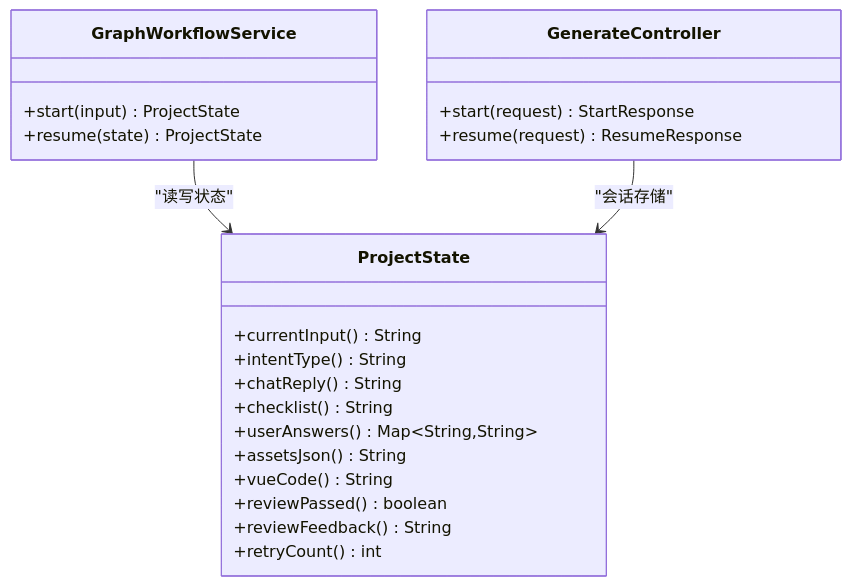
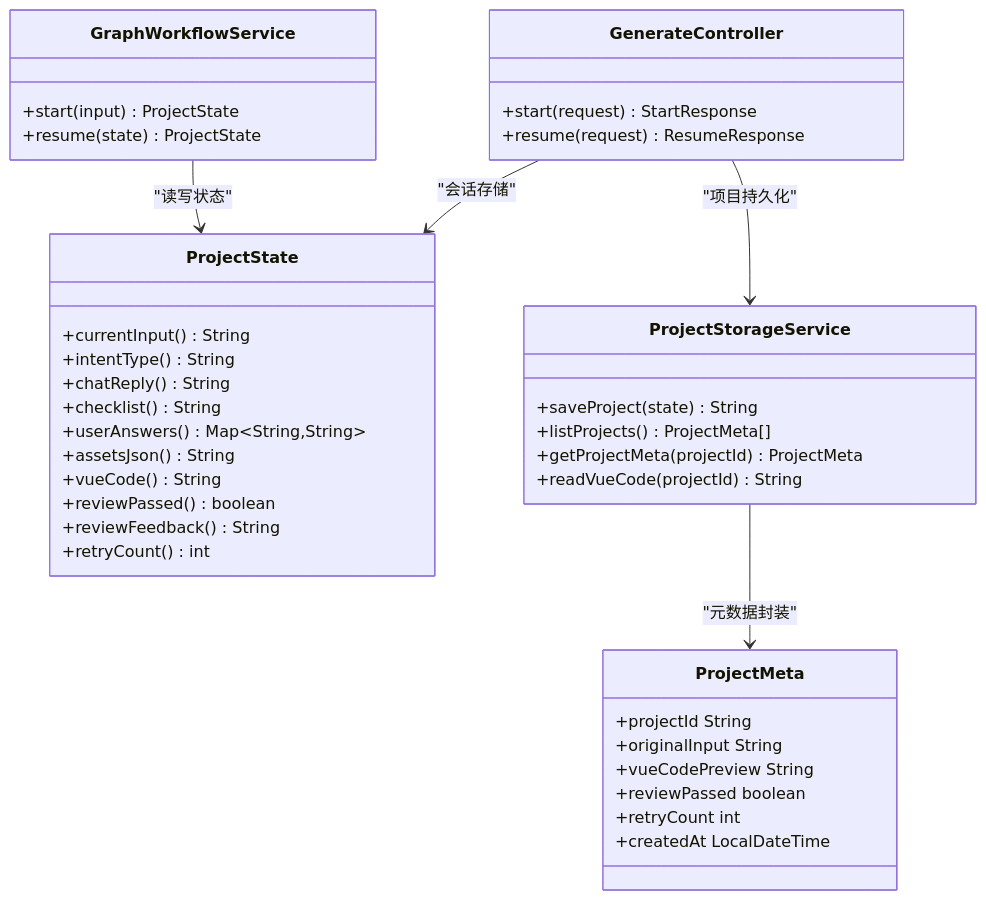
The third of 6 diagrams in .qoder/repowiki/zh/content/AI工作流系统/AI工作流系统.md (CyanYuKi/WebSiteFrontendCodeMother), drawn with Mermaid before and after one commit. The commit also changed other lines of this file and 5 other files, not shown here.

````diff
--- a/.qoder/repowiki/zh/content/AI工作流系统/AI工作流系统.md
+++ b/.qoder/repowiki/zh/content/AI工作流系统/AI工作流系统.md
@@ -197,25 +229,41 @@
 ```mermaid
 classDiagram
 class ProjectState {
 +currentInput() String
 +intentType() String
 +chatReply() String
 +checklist() String
 +userAnswers() Map~String,String~
 +assetsJson() String
 +vueCode() String
 +reviewPassed() boolean
 +reviewFeedback() String
 +retryCount() int
 }
 class GraphWorkflowService {
 +start(input) ProjectState
 +resume(state) ProjectState
 }
 class GenerateController {
 +start(request) StartResponse
 +resume(request) ResumeResponse
 }
+class ProjectStorageService {
++saveProject(state) String
++listProjects() ProjectMeta[]
++getProjectMeta(projectId) ProjectMeta
++readVueCode(projectId) String
+}
+class ProjectMeta {
++projectId String
++originalInput String
++vueCodePreview String
++reviewPassed boolean
++retryCount int
++createdAt LocalDateTime
+}
 GraphWorkflowService --> ProjectState : "读写状态"
 GenerateController --> ProjectState : "会话存储"
+GenerateController --> ProjectStorageService : "项目持久化"
+ProjectStorageService --> ProjectMeta : "元数据封装"
 ```
````
